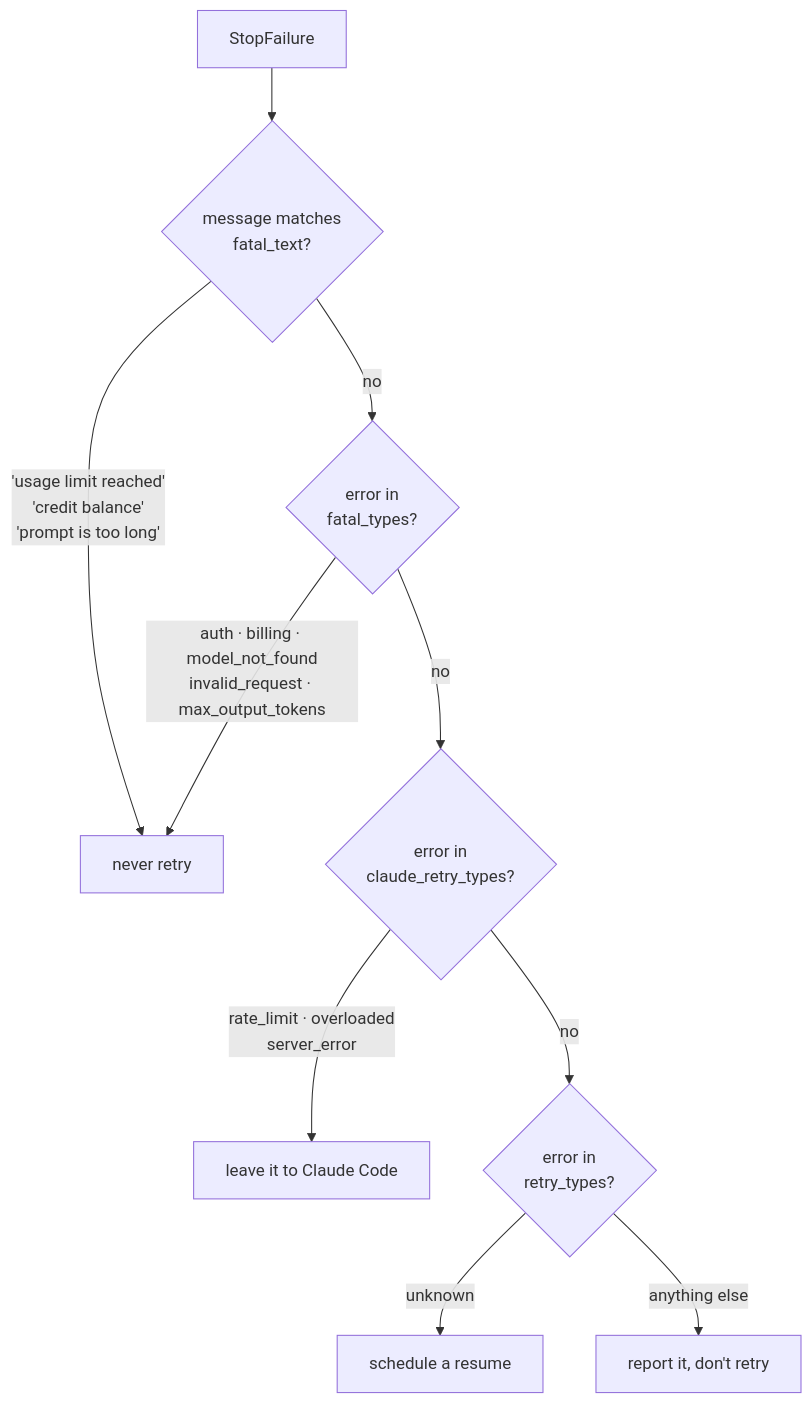
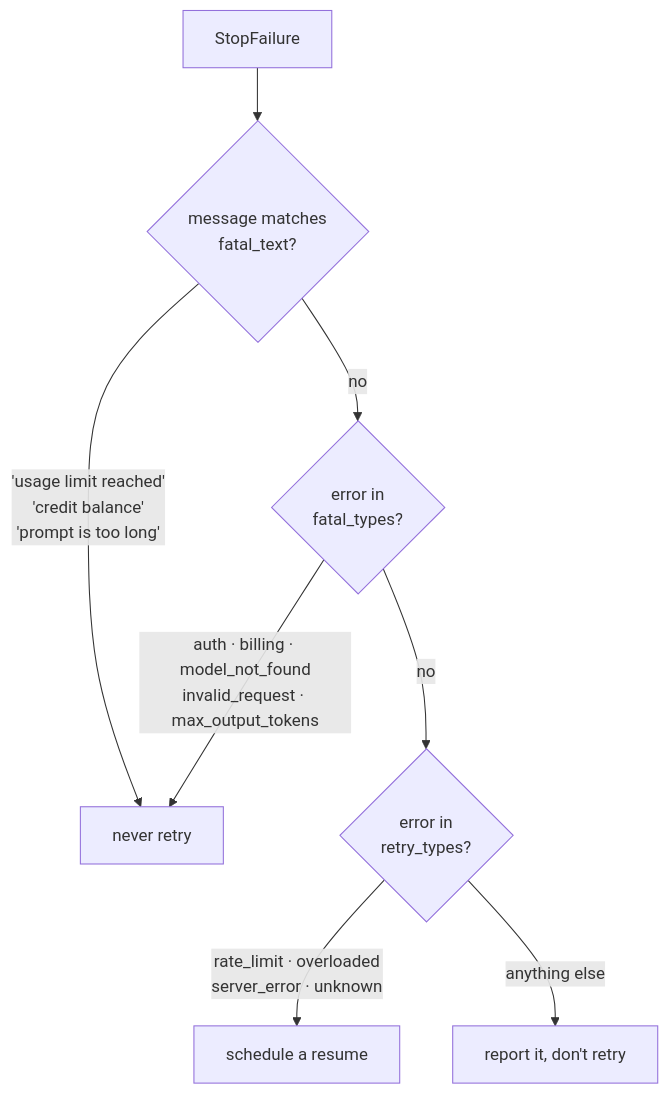
Before and after one commit to fuadnafiz98/claude-watchdog: the fourth of 4 diagrams in watchdog/README.md, drawn with Mermaid. The commit also changed other lines of this file and 3 other files, not shown here.

First line of the commit message:
fix!: resume every transient error again

````diff
--- a/watchdog/README.md
+++ b/watchdog/README.md
@@ -200,12 +200,10 @@
 ```mermaid
 flowchart TD
     E[StopFailure] --> T{message matches<br/>fatal_text?}
     T -->|"'usage limit reached'<br/>'credit balance'<br/>'prompt is too long'"| F[never retry]
     T -->|no| Y{error in<br/>fatal_types?}
     Y -->|"auth · billing · model_not_found<br/>invalid_request · max_output_tokens"| F
-    Y -->|no| C{error in<br/>claude_retry_types?}
-    C -->|"rate_limit · overloaded<br/>server_error"| L[leave it to Claude Code]
-    C -->|no| R{error in<br/>retry_types?}
-    R -->|"unknown"| G[schedule a resume]
+    Y -->|no| R{error in<br/>retry_types?}
+    R -->|"rate_limit · overloaded<br/>server_error · unknown"| G[schedule a resume]
     R -->|anything else| S[report it, don't retry]
 ```
````
